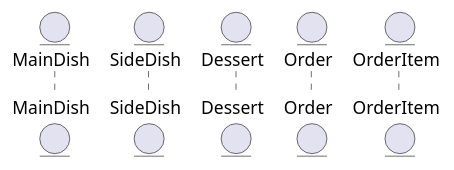
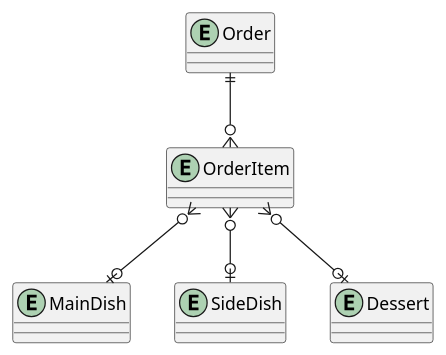
Before and after one commit to sim33-k/CodingLegends: the diagram in docs/ERD.puml, drawn with PlantUML.

Commit message:
feat(docs): Added relationships to the table

```diff
--- a/docs/ERD.puml
+++ b/docs/ERD.puml
@@ -1,14 +1,20 @@
 @startuml Buhari Hotel Database
 
 ' question doesnt have a reference of customers
 ' also it doesnt state if a customer can order multiple main dishes.
 
 
 ' table
 entity MainDish
 entity SideDish
 entity Dessert
 entity Order
 entity OrderItem
 
+' relationship
+Order ||--o{ OrderItem
+OrderItem }o--o| MainDish
+OrderItem }o--o| SideDish
+OrderItem }o--o| Dessert
+
 @enduml
```
